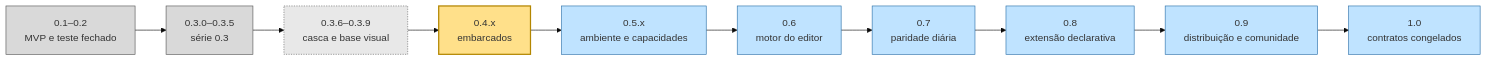
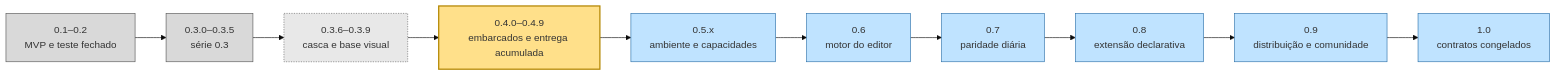
The diagram in DocsPublic/roadmaps/57-mapa-de-versoes-ate-a-1.0.md (ViktorWalde/KineinVectis), drawn with Mermaid (base theme) before and after one commit. The commit also changed other lines of this file and 39 other files, not shown here.

````diff
--- a/DocsPublic/roadmaps/57-mapa-de-versoes-ate-a-1.0.md
+++ b/DocsPublic/roadmaps/57-mapa-de-versoes-ate-a-1.0.md
@@ -27,17 +27,17 @@
 ```mermaid
 flowchart LR
   v02["0.1–0.2<br/>MVP e teste fechado"]:::done --> v03["0.3.0–0.3.5<br/>série 0.3"]:::done
   v03 --> v036["0.3.6–0.3.9<br/>casca e base visual"]:::checkout
-  v036 --> v04["0.4.x<br/>embarcados"]:::now
+  v036 --> v04["0.4.0–0.4.9<br/>embarcados e entrega acumulada"]:::now
   v04 --> v05["0.5.x<br/>ambiente e capacidades"]:::planned
   v05 --> v06["0.6<br/>motor do editor"]:::planned
   v06 --> v07["0.7<br/>paridade diária"]:::planned
   v07 --> v08["0.8<br/>extensão declarativa"]:::planned
   v08 --> v09["0.9<br/>distribuição e comunidade"]:::planned
   v09 --> v10["1.0<br/>contratos congelados"]:::planned
   classDef done fill:#d9d9d9,stroke:#555
   classDef now fill:#ffe08a,stroke:#b38600,stroke-width:2px
   classDef planned fill:#bfe3ff,stroke:#2a6fa8
   classDef checkout fill:#e8e8e8,stroke:#666,stroke-dasharray:2 2
   classDef proposed fill:#ffffff,stroke:#888,stroke-dasharray:5 4
 ```
````
